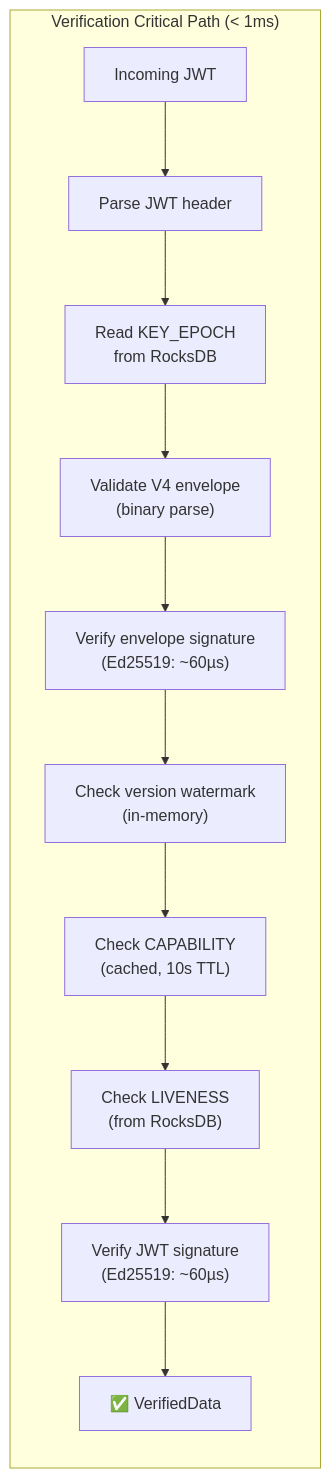
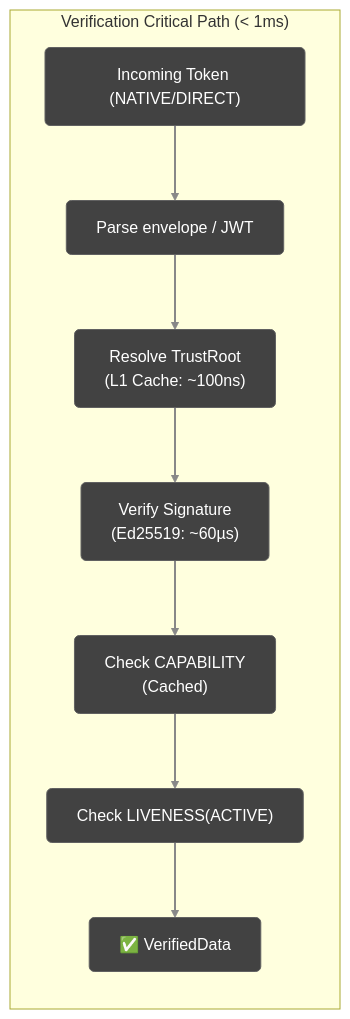
Before and after one commit to cyfko/veridot: the diagram in docs/docs/architecture/performance.md, drawn with Mermaid. The commit also changed other lines of this file and 84 other files, not shown here.

Commit message:
docs: complete Protocol V5 documentation rewrite (including premium diagrams)

````diff
--- a/docs/docs/architecture/performance.md
+++ b/docs/docs/architecture/performance.md
@@ -16,15 +21,21 @@
 ```mermaid
 graph LR
+
+    %% Premium Theme
+    linkStyle default stroke:#888888,stroke-width:2px;
+    classDef default fill:#424242,stroke:#616161,stroke-width:1px,color:#fff,rx:5px,ry:5px;
+    classDef service fill:#4527a0,stroke:#5e35b1,stroke-width:1px,color:#fff,rx:5px,ry:5px;
+    classDef broker fill:#004d40,stroke:#00695c,stroke-width:1px,color:#fff,rx:5px,ry:5px;
+    classDef db fill:#bf360c,stroke:#d84315,stroke-width:1px,color:#fff,rx:5px,ry:5px;
+    classDef taas fill:#01579b,stroke:#0277bd,stroke-width:1px,color:#fff,rx:5px,ry:5px;
+
     subgraph "Verification Critical Path (< 1ms)"
-        JWT["Incoming JWT"] --> Parse["Parse JWT header"]
-        Parse --> Cache["Read KEY_EPOCH<br/>from RocksDB"]
-        Cache --> Env["Validate V4 envelope<br/>(binary parse)"]
-        Env --> Sig["Verify envelope signature<br/>(Ed25519: ~60µs)"]
-        Sig --> WM["Check version watermark<br/>(in-memory)"]
-        WM --> Cap["Check CAPABILITY<br/>(cached, 10s TTL)"]
-        Cap --> Live["Check LIVENESS<br/>(from RocksDB)"]
-        Live --> Verify["Verify JWT signature<br/>(Ed25519: ~60µs)"]
-        Verify --> OK["✅ VerifiedData"]
+        Token["Incoming Token (NATIVE/DIRECT)"] --> Parse["Parse envelope / JWT"]
+        Parse --> TR["Resolve TrustRoot<br/>(L1 Cache: ~100ns)"]
+        TR --> EnvSig["Verify Signature<br/>(Ed25519: ~60µs)"]
+        EnvSig --> Cap["Check CAPABILITY<br/>(Cached)"]
+        Cap --> Live["Check LIVENESS(ACTIVE)"]
+        Live --> OK["✅ VerifiedData"]
     end
 
 ```
````
